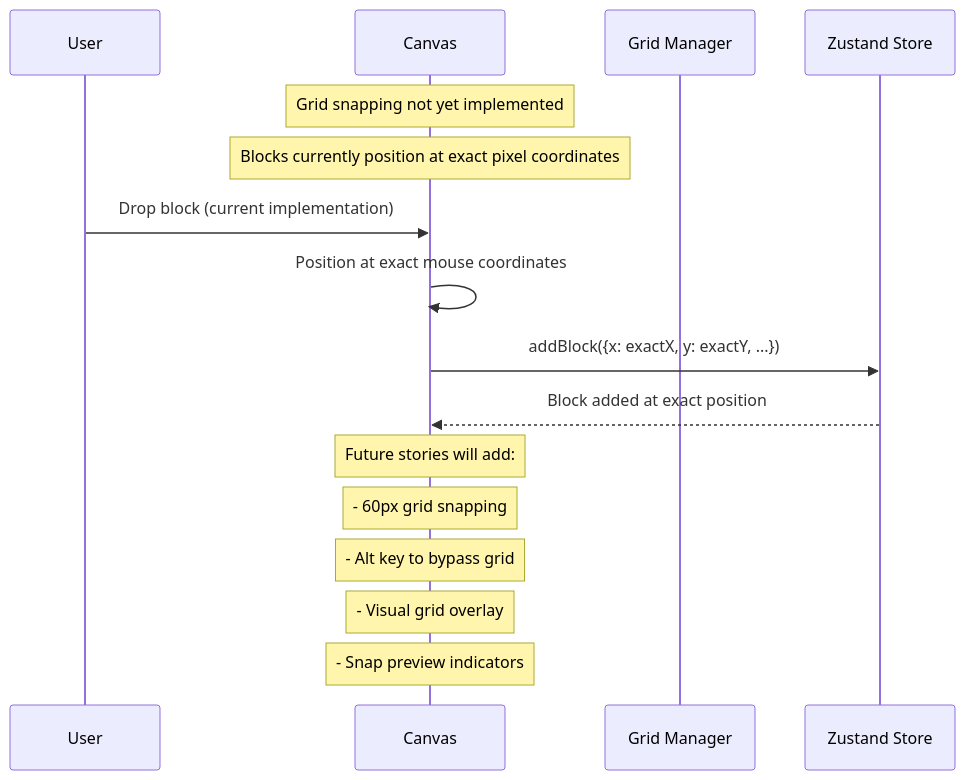
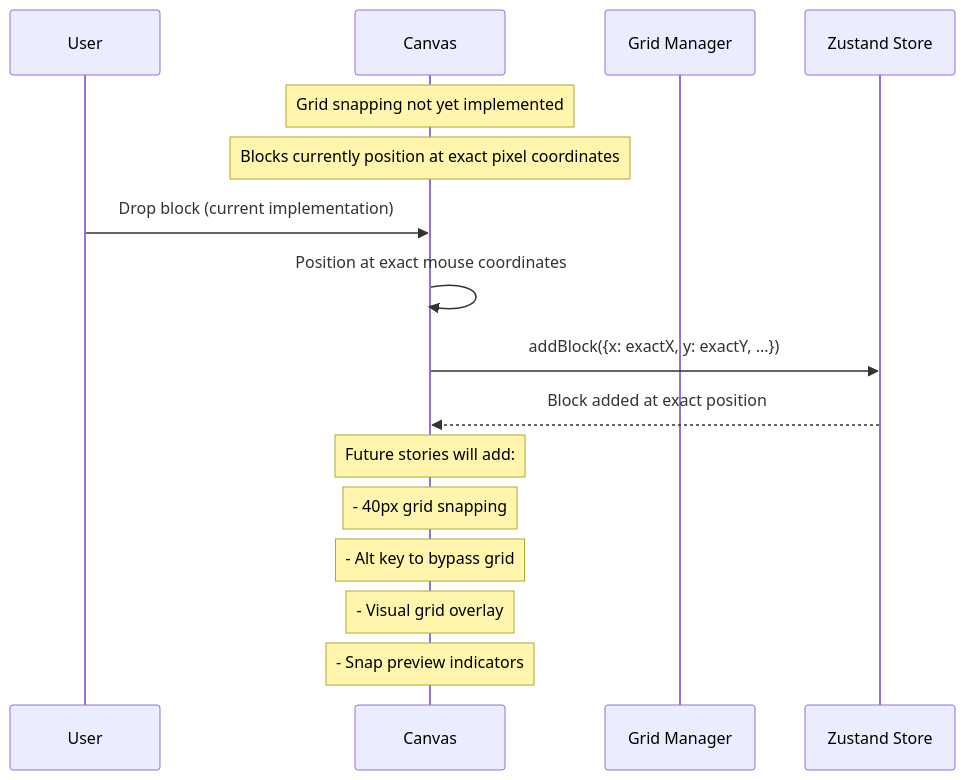
The sixth of 8 diagrams in docs/architecture.md (litkeys/DraftCN), drawn with Mermaid before and after one commit. The commit also changed other lines of this file and 26 other files, not shown here.

````diff
--- a/docs/architecture.md
+++ b/docs/architecture.md
@@ -733,21 +733,21 @@
 ```mermaid
 sequenceDiagram
     participant User
     participant Canvas
     participant GridMgr as Grid Manager
     participant Store as Zustand Store
 
     Note over Canvas: Grid snapping not yet implemented
     Note over Canvas: Blocks currently position at exact pixel coordinates
 
     User->>Canvas: Drop block (current implementation)
     Canvas->>Canvas: Position at exact mouse coordinates
     Canvas->>Store: addBlock({x: exactX, y: exactY, ...})
     Store-->>Canvas: Block added at exact position
 
     Note over Canvas: Future stories will add:
-    Note over Canvas: - 60px grid snapping
+    Note over Canvas: - 40px grid snapping
     Note over Canvas: - Alt key to bypass grid
     Note over Canvas: - Visual grid overlay
     Note over Canvas: - Snap preview indicators
 ```
````
